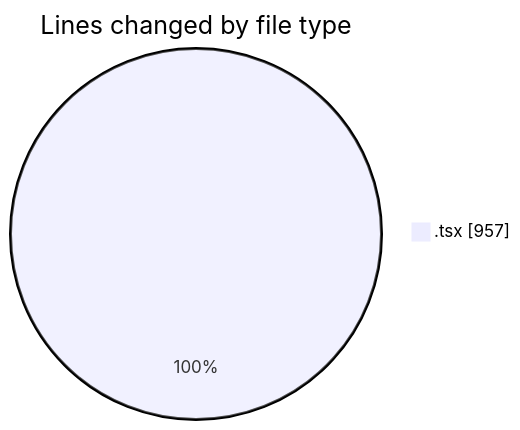
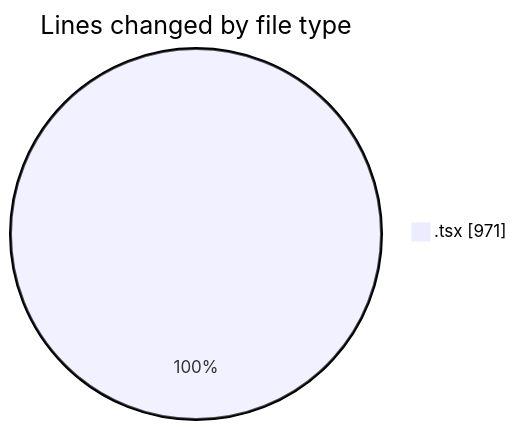
One commit to momahboobian/code-tracking changed the first of 2 diagrams in 2025-04-04/cda/README.md. Above: the diagram before and after it, drawn with Mermaid. The commit also changed other lines of this file and 1 other file, not shown here.

````diff
--- a/2025-04-04/cda/README.md
+++ b/2025-04-04/cda/README.md
@@ -23,5 +23,5 @@
 ```mermaid
 pie showData
 title Lines changed by file type
-".tsx" : 957
+".tsx" : 971
 ```
````
